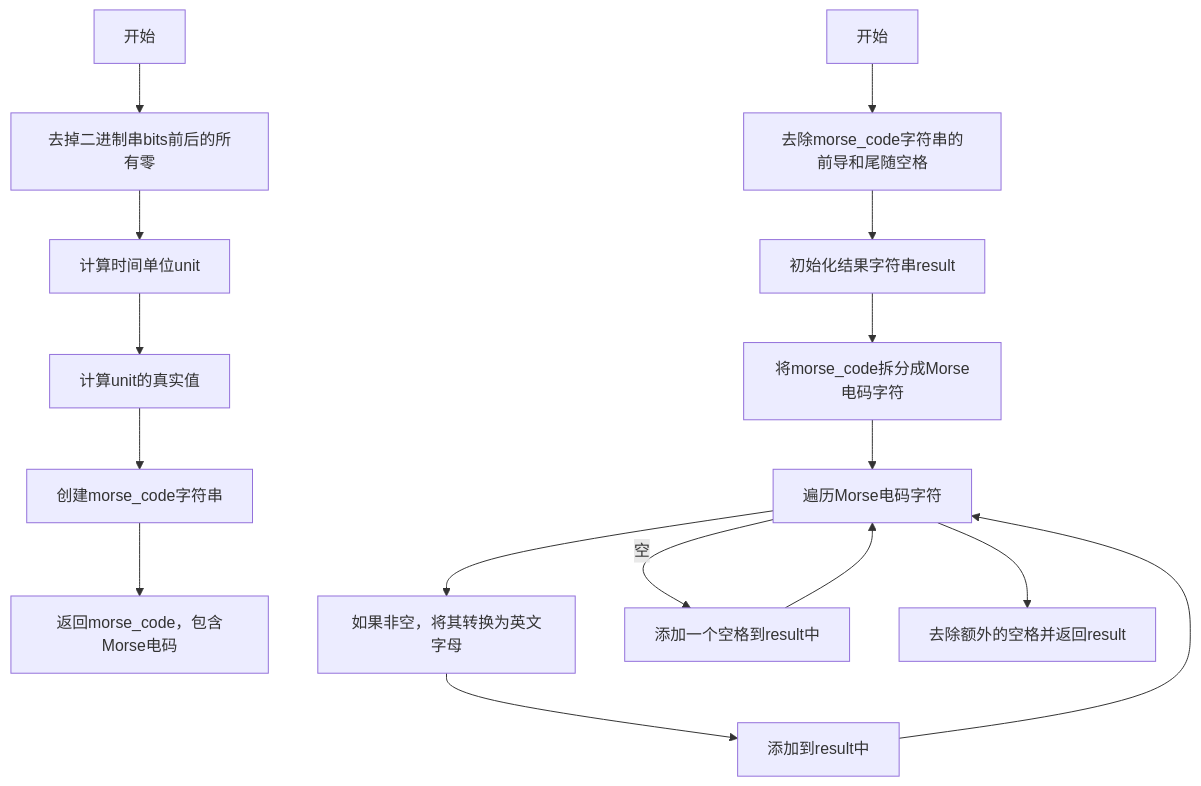
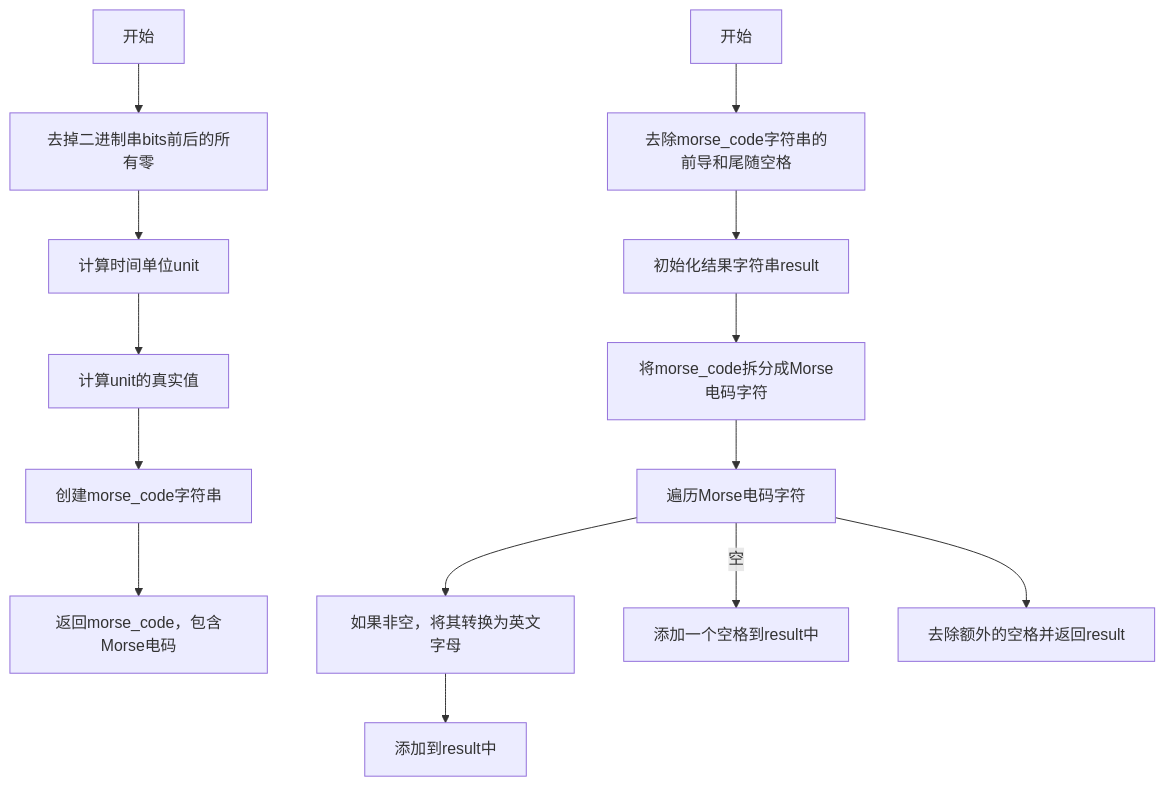
One commit to RonaWhite/python changed the sixth of 6 diagrams in Experiment/experiment4.md. Above: the diagram before and after it, drawn with Mermaid. The commit also changed other lines of this file, not shown here.

````diff
--- a/Experiment/experiment4.md
+++ b/Experiment/experiment4.md
@@ -1438,18 +1438,16 @@
 ```mermaid
 graph TD
-A[开始] --> B[去掉二进制串bits前后的所有零]
-B --> C[计算时间单位unit]
-C --> D[计算unit的真实值]
-D --> E[创建morse_code字符串]
-E --> F[返回morse_code，包含Morse电码]
-G[开始] --> H[去除morse_code字符串的前导和尾随空格]
-H --> I[初始化结果字符串result]
-I --> J[将morse_code拆分成Morse电码字符]
-J --> K[遍历Morse电码字符]
-K --> L[如果非空，将其转换为英文字母]
-L --> M[添加到result中]
-M --> K
-K -->|空| N[添加一个空格到result中]
-N --> K
-K --> O[去除额外的空格并返回result]
+    A[开始] --> B[去掉二进制串bits前后的所有零]
+    B --> C[计算时间单位unit]
+    C --> D[计算unit的真实值]
+    D --> E[创建morse_code字符串]
+    E --> F[返回morse_code，包含Morse电码]
+    G[开始] --> H[去除morse_code字符串的前导和尾随空格]
+    H --> I[初始化结果字符串result]
+    I --> J[将morse_code拆分成Morse电码字符]
+    J --> K[遍历Morse电码字符]
+    K --> L[如果非空，将其转换为英文字母]
+    L --> M[添加到result中]
+    K -->|空| N[添加一个空格到result中]
+    K --> O[去除额外的空格并返回result]
 ```
````
